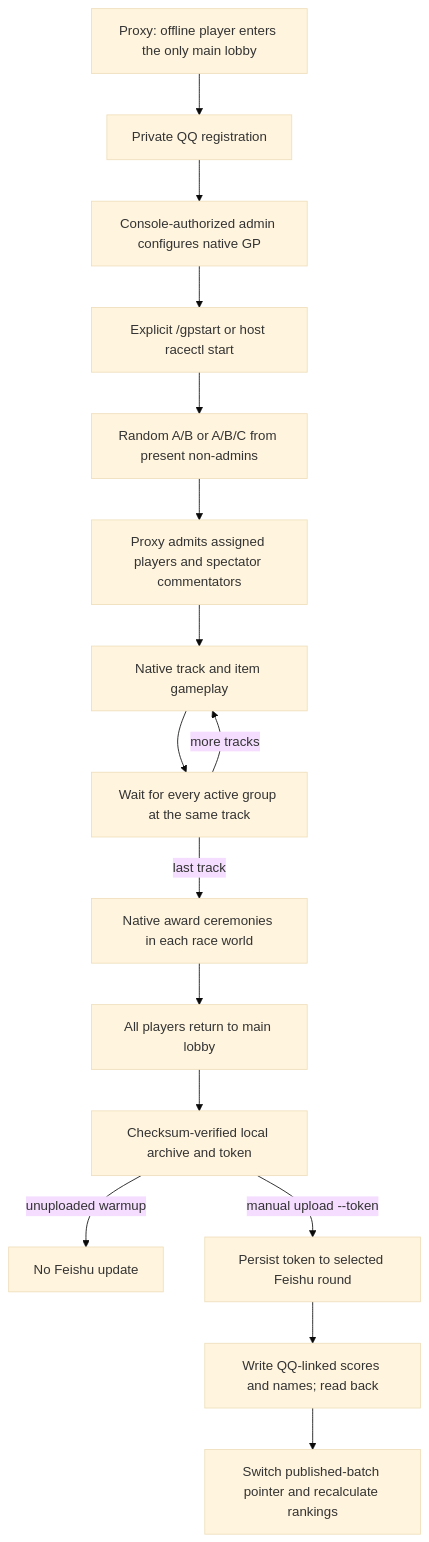
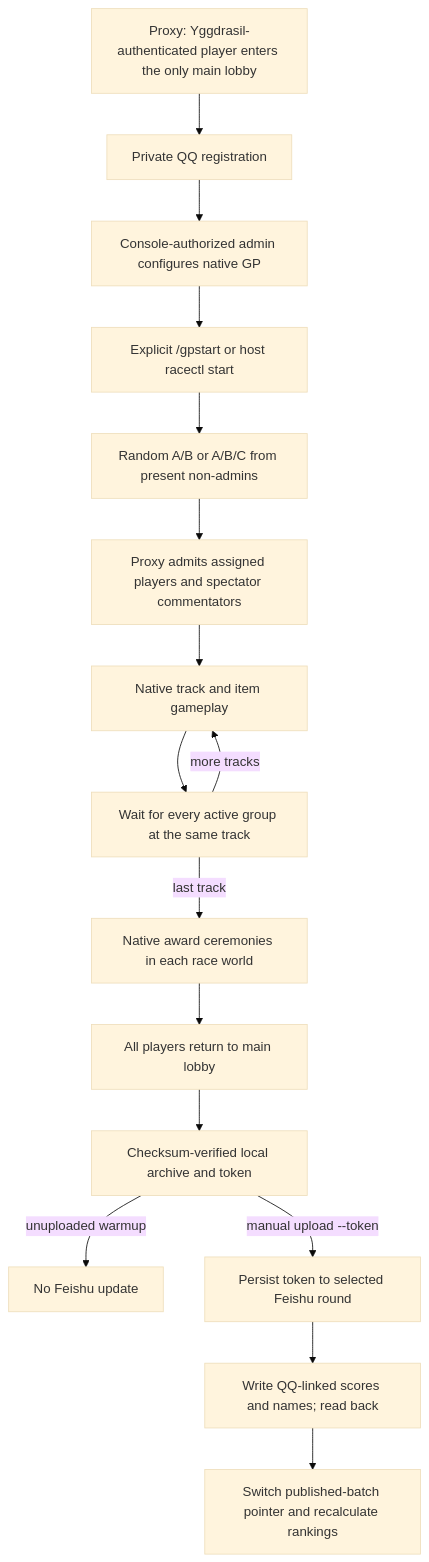
The diagram in docs/IMPLEMENTATION_GRAPH.md (Unda-Rubra/xdu-meet-2026), drawn with Mermaid (base theme) before and after one commit. The commit also changed 22 other files, not shown here.

````diff
--- a/docs/IMPLEMENTATION_GRAPH.md
+++ b/docs/IMPLEMENTATION_GRAPH.md
@@ -5,18 +5,18 @@
 ```mermaid
 flowchart TD
-    Login[Proxy: offline player enters the only main lobby] --> QQ[Private QQ registration]
+    Login[Proxy: Yggdrasil-authenticated player enters the only main lobby] --> QQ[Private QQ registration]
     QQ --> Config[Console-authorized admin configures native GP]
     Config --> Start[Explicit /gpstart or host racectl start]
     Start --> Groups[Random A/B or A/B/C from present non-admins]
     Groups --> Admission[Proxy admits assigned players and spectator commentators]
     Admission --> Track[Native track and item gameplay]
     Track --> Barrier[Wait for every active group at the same track]
     Barrier -->|more tracks| Track
     Barrier -->|last track| Awards[Native award ceremonies in each race world]
     Awards --> Lobby[All players return to main lobby]
     Lobby --> Archive[Checksum-verified local archive and token]
     Archive -->|unuploaded warmup| LocalOnly[No Feishu update]
     Archive -->|manual upload --token| Binding[Persist token to selected Feishu round]
     Binding --> Readback[Write QQ-linked scores and names; read back]
     Readback --> Publish[Switch published-batch pointer and recalculate rankings]
 ```
````
